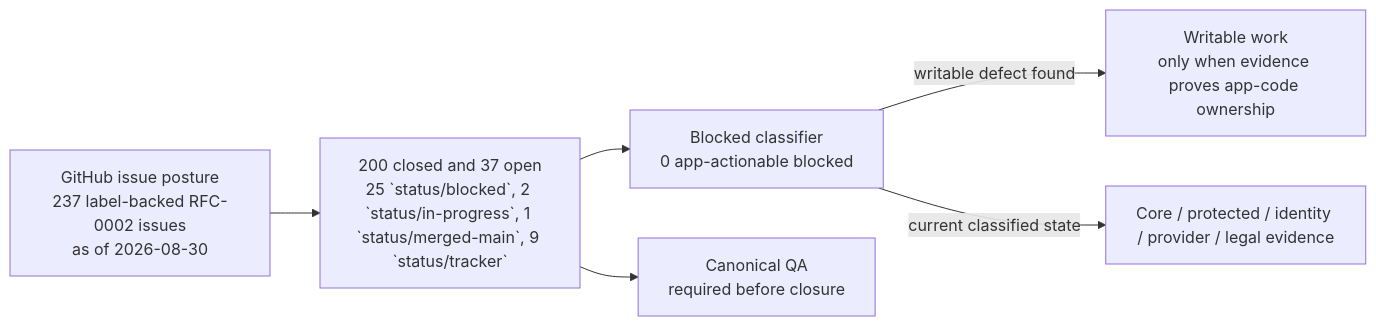
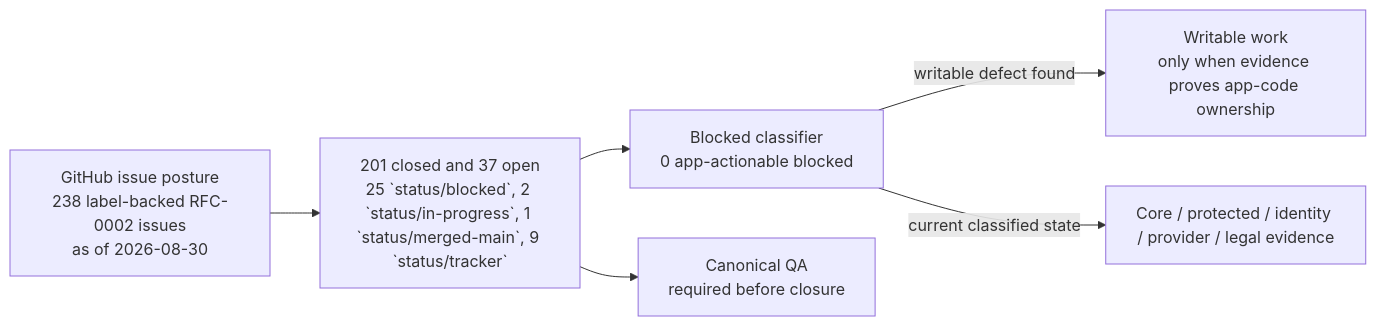
Before and after one commit to sgajbi/lotus-idea: the first of 2 diagrams in wiki/RFC-0002-Execution-Status.md, drawn with Mermaid. The commit also changed other lines of this file and 13 other files, not shown here.

````diff
--- a/wiki/RFC-0002-Execution-Status.md
+++ b/wiki/RFC-0002-Execution-Status.md
@@ -48,15 +48,15 @@
 ```mermaid
 flowchart LR
-    Issues["GitHub issue posture<br/>237 label-backed RFC-0002 issues<br/>as of 2026-08-30"]
-    Open["200 closed and 37 open<br/>25 `status/blocked`, 2 `status/in-progress`, 1 `status/merged-main`, 9 `status/tracker`"]
+    Issues["GitHub issue posture<br/>238 label-backed RFC-0002 issues<br/>as of 2026-08-30"]
+    Open["201 closed and 37 open<br/>25 `status/blocked`, 2 `status/in-progress`, 1 `status/merged-main`, 9 `status/tracker`"]
     Blocked["Blocked classifier<br/>0 app-actionable blocked"]
     Work["Writable work<br/>only when evidence proves app-code ownership"]
     External["Core / protected / identity / provider / legal evidence"]
     QA["Canonical QA<br/>required before closure"]
 
     Issues --> Open
     Open --> Blocked
     Blocked -->|"writable defect found"| Work
     Blocked -->|"current classified state"| External
     Open --> QA
 ```
````
